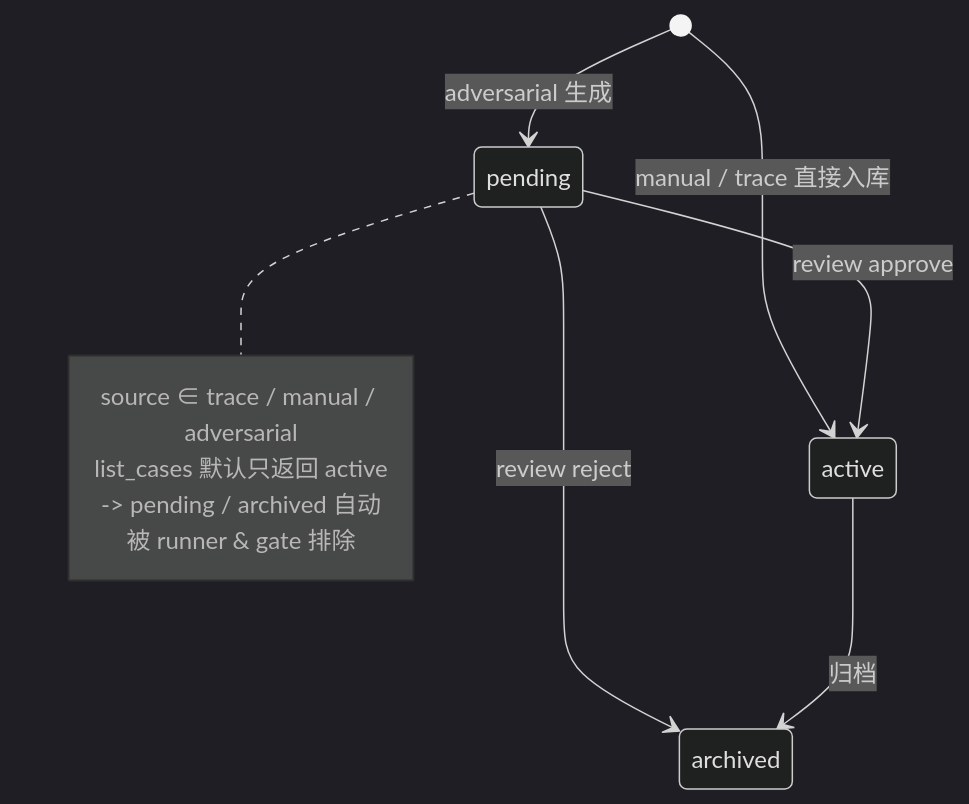
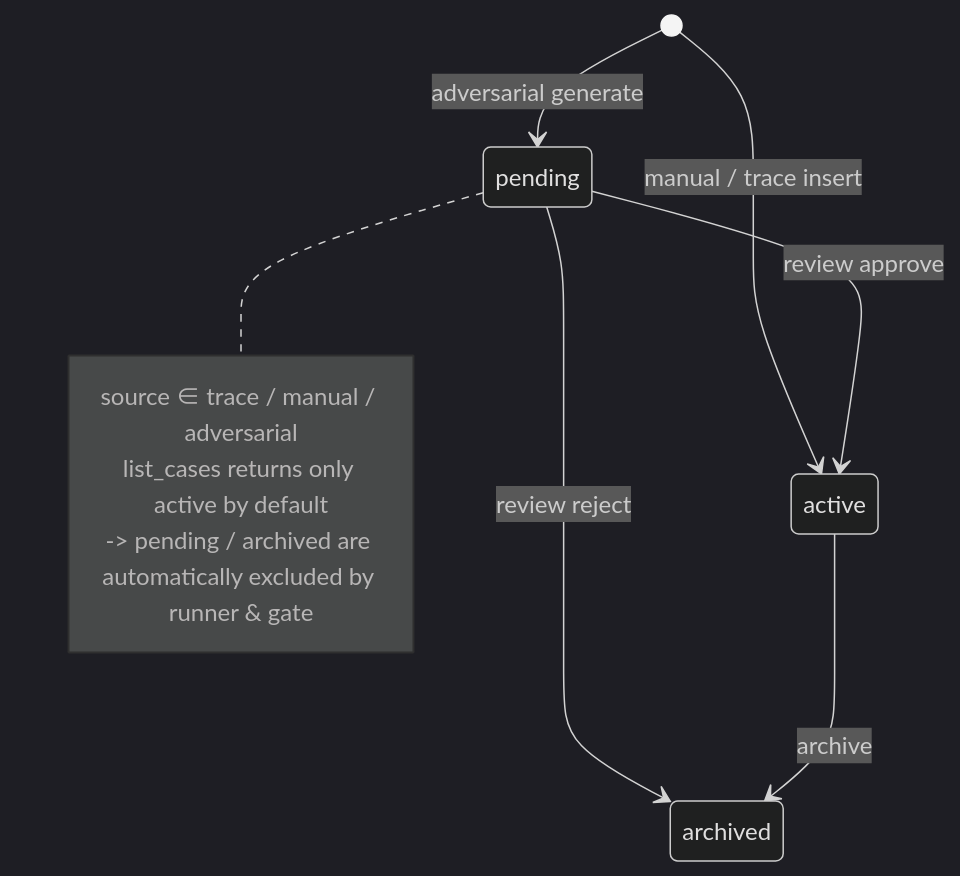
The second of 2 diagrams in docs/PHASE_14_PLAN.md (AndyUneducated/eval-gate), drawn with Mermaid (dark theme) before and after one commit. The commit also changed other lines of this file and 22 other files, not shown here.

````diff
--- a/docs/PHASE_14_PLAN.md
+++ b/docs/PHASE_14_PLAN.md
@@ -32,13 +32,13 @@
 ```mermaid
 stateDiagram-v2
-  [*] --> pending: adversarial 生成
-  [*] --> active: manual / trace 直接入库
+  [*] --> pending: adversarial generate
+  [*] --> active: manual / trace insert
   pending --> active: review approve
   pending --> archived: review reject
-  active --> archived: 归档
+  active --> archived: archive
   note right of pending
     source ∈ trace / manual / adversarial
-    list_cases 默认只返回 active
-    -> pending / archived 自动被 runner & gate 排除
+    list_cases returns only active by default
+    -> pending / archived are automatically excluded by runner & gate
   end note
 ```
````
